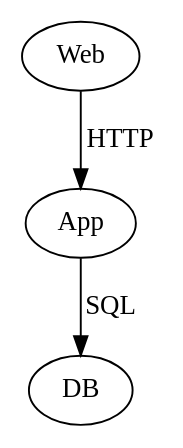
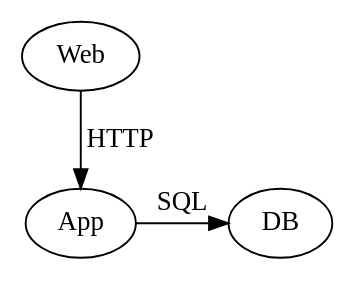
Before and after one commit to rebelinux/Diagrammer.Core: the first of 2 diagrams in Docs/Dependencies.md, drawn with Graphviz. The commit also changed other lines of this file, not shown here.

Commit message:
Refactor example usage in Dependencies.md to correct PSGraph command syntax and improve graph structure

````diff
--- a/Docs/Dependencies.md
+++ b/Docs/Dependencies.md
@@ -33,10 +31,11 @@
 ```dot
 digraph g {
     compound="true";
     "Web" [shape="oval";]
     "App" [shape="oval";]
     "DB" [shape="oval";]
     "Web"->"App" [label="HTTP";]
     "App"->"DB" [label="SQL";]
+    { rank=same;  "App"; "DB"; }
 }
 ```
````
